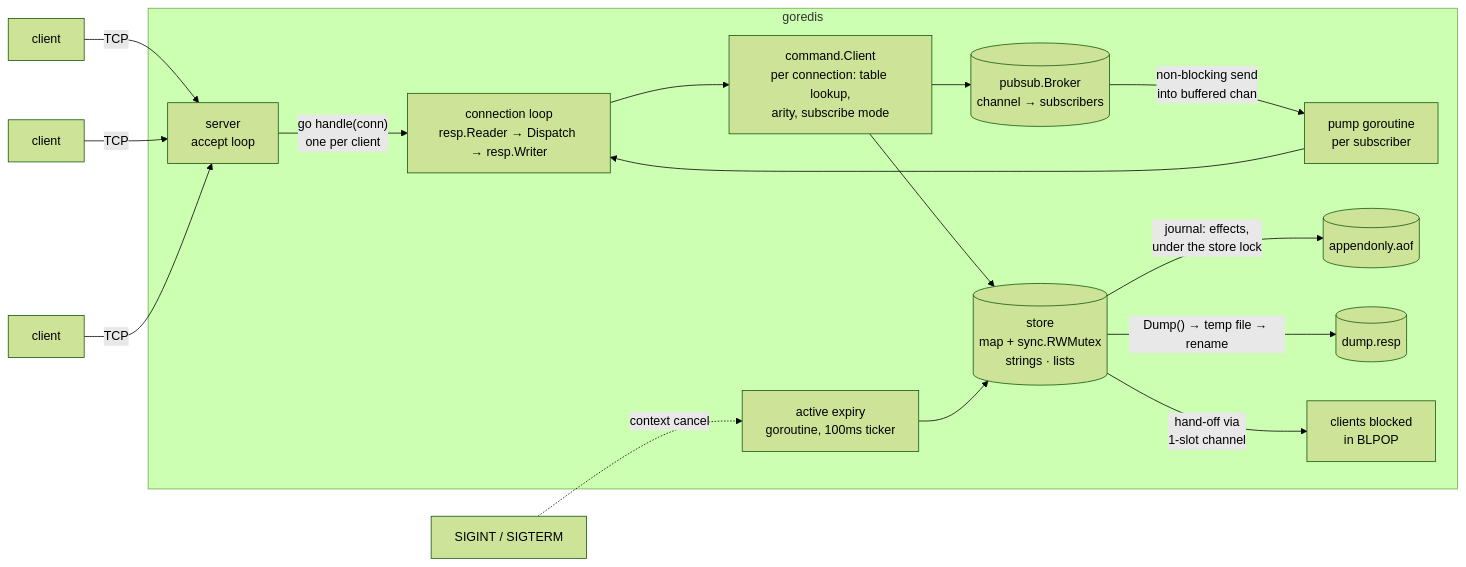
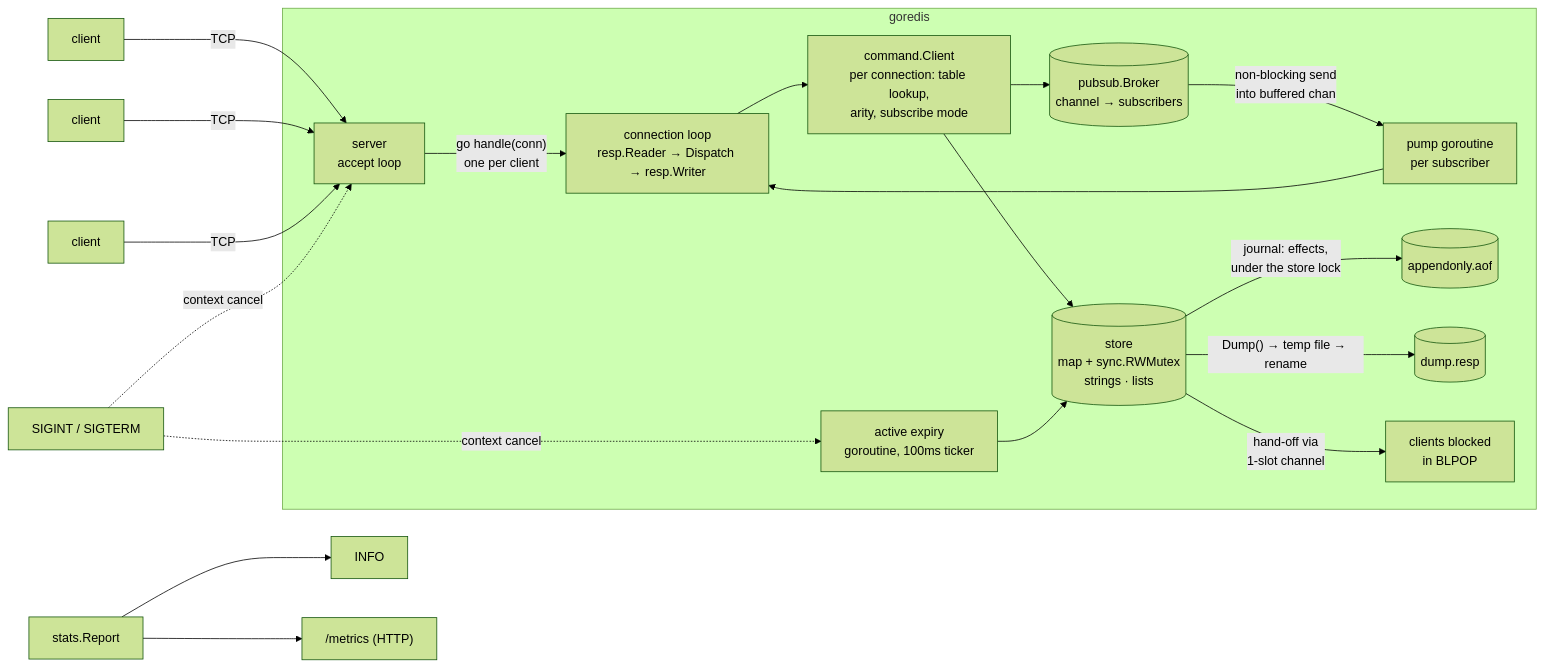
The diagram in README.md (AbhishekBasnet/goredis), drawn with Mermaid (forest theme) before and after one commit. The commit also changed other lines of this file, not shown here.

````diff
--- a/README.md
+++ b/README.md
@@ -52,19 +57,22 @@
 ```mermaid
 flowchart LR
     C1[client] & C2[client] & C3[client] -- TCP --> A
 
     subgraph goredis
         A["server<br/>accept loop"] -->|"go handle(conn)<br/>one per client"| H["connection loop<br/>resp.Reader → Dispatch → resp.Writer"]
         H --> R["command.Client<br/>per connection: table lookup,<br/>arity, subscribe mode"]
         R --> PB[("pubsub.Broker<br/>channel → subscribers")]
         PB -- "non-blocking send<br/>into buffered chan" --> PU["pump goroutine<br/>per subscriber"]
         PU --> H
         R --> S[("store<br/>map + sync.RWMutex<br/>strings · lists")]
         E["active expiry<br/>goroutine, 100ms ticker"] --> S
         S -- "journal: effects,<br/>under the store lock" --> AOF[("appendonly.aof")]
         S -- "Dump() → temp file → rename" --> SNAP[("dump.resp")]
         S -- "hand-off via<br/>1-slot channel" --> B["clients blocked<br/>in BLPOP"]
     end
 
-    SIG["SIGINT / SIGTERM"] -. "context cancel" .-> E
+    SIG["SIGINT / SIGTERM"] -. "context cancel" .-> A
+    SIG -. "context cancel" .-> E
+    ST["stats.Report"] --> INFO["INFO"]
+    ST --> MET["/metrics (HTTP)"]
 ```
````
